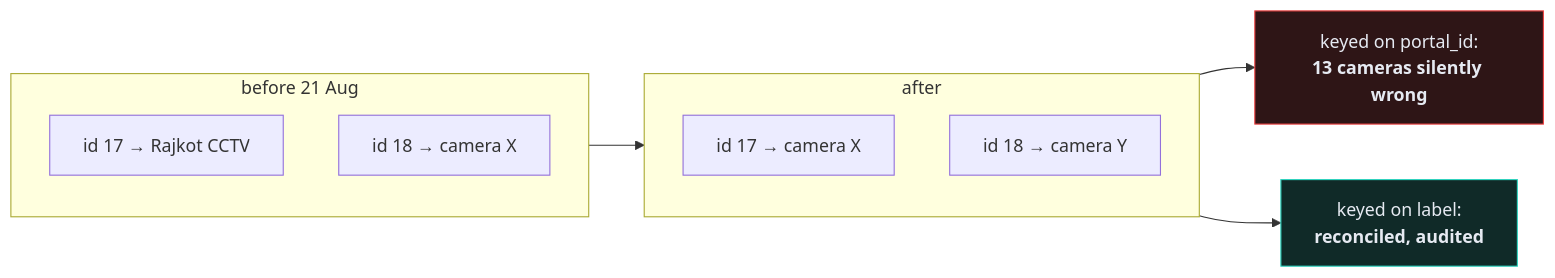
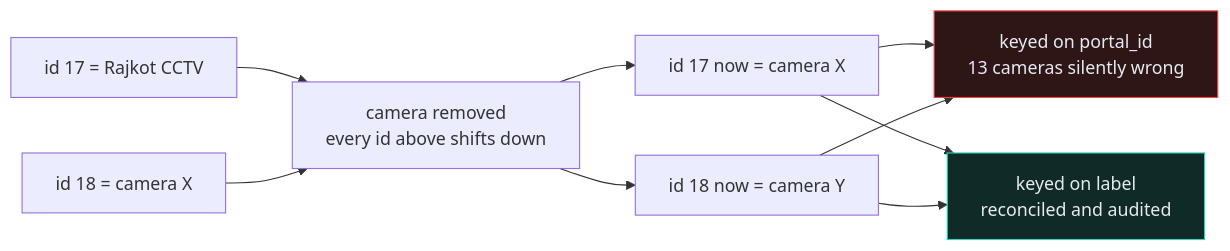
The fifth of 5 diagrams in README.md (Het161/DrishtiNet), drawn with Mermaid before and after one commit. The commit also changed other lines of this file, not shown here.

First line of the commit message:
Rewrite the diagrams to survive GitHub's renderer

````diff
--- a/README.md
+++ b/README.md
@@ -278,18 +289,15 @@
 ```mermaid
 flowchart LR
-    subgraph BEFORE["before 21 Aug"]
-        B17["id 17 → Rajkot CCTV"]
-        B18["id 18 → camera X"]
-    end
-    subgraph AFTER["after"]
-        A17["id 17 → camera X"]
-        A18["id 18 → camera Y"]
-    end
-    BEFORE --> AFTER
-    AFTER --> BAD["keyed on portal_id:<br/><b>13 cameras silently wrong</b>"]
-    AFTER --> GOOD["keyed on label:<br/><b>reconciled, audited</b>"]
+    B17["id 17 = Rajkot CCTV"] --> R["camera removed<br/>every id above shifts down"]
+    B18["id 18 = camera X"] --> R
+    R --> A17["id 17 now = camera X"]
+    R --> A18["id 18 now = camera Y"]
+    A17 --> BAD["keyed on portal_id<br/>13 cameras silently wrong"]
+    A18 --> BAD
+    A17 --> GOOD["keyed on label<br/>reconciled and audited"]
+    A18 --> GOOD
     classDef bad fill:#2E1516,stroke:#EF4444,color:#E6EAF2
     classDef good fill:#102A28,stroke:#2DD4BF,color:#E6EAF2
     class BAD bad
     class GOOD good
 ```
````
